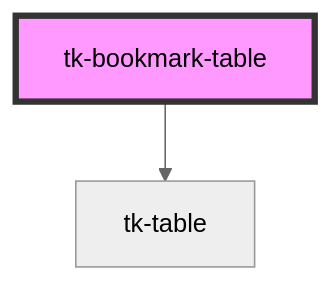
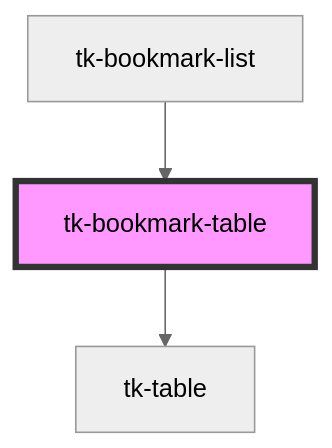
The diagram in tk-bookmark/src/components/bookmark/tk-bookmark-table/readme.md (tomokat/tk-bookmark-app), drawn with Mermaid (neutral theme) before and after one commit. The commit also changed other lines of this file and 5 other files, not shown here.

````diff
--- a/tk-bookmark/src/components/bookmark/tk-bookmark-table/readme.md
+++ b/tk-bookmark/src/components/bookmark/tk-bookmark-table/readme.md
@@ -15,5 +26,6 @@
 ```mermaid
 graph TD;
   tk-bookmark-table --> tk-table
+  tk-bookmark-list --> tk-bookmark-table
   style tk-bookmark-table fill:#f9f,stroke:#333,stroke-width:4px
 ```
````
